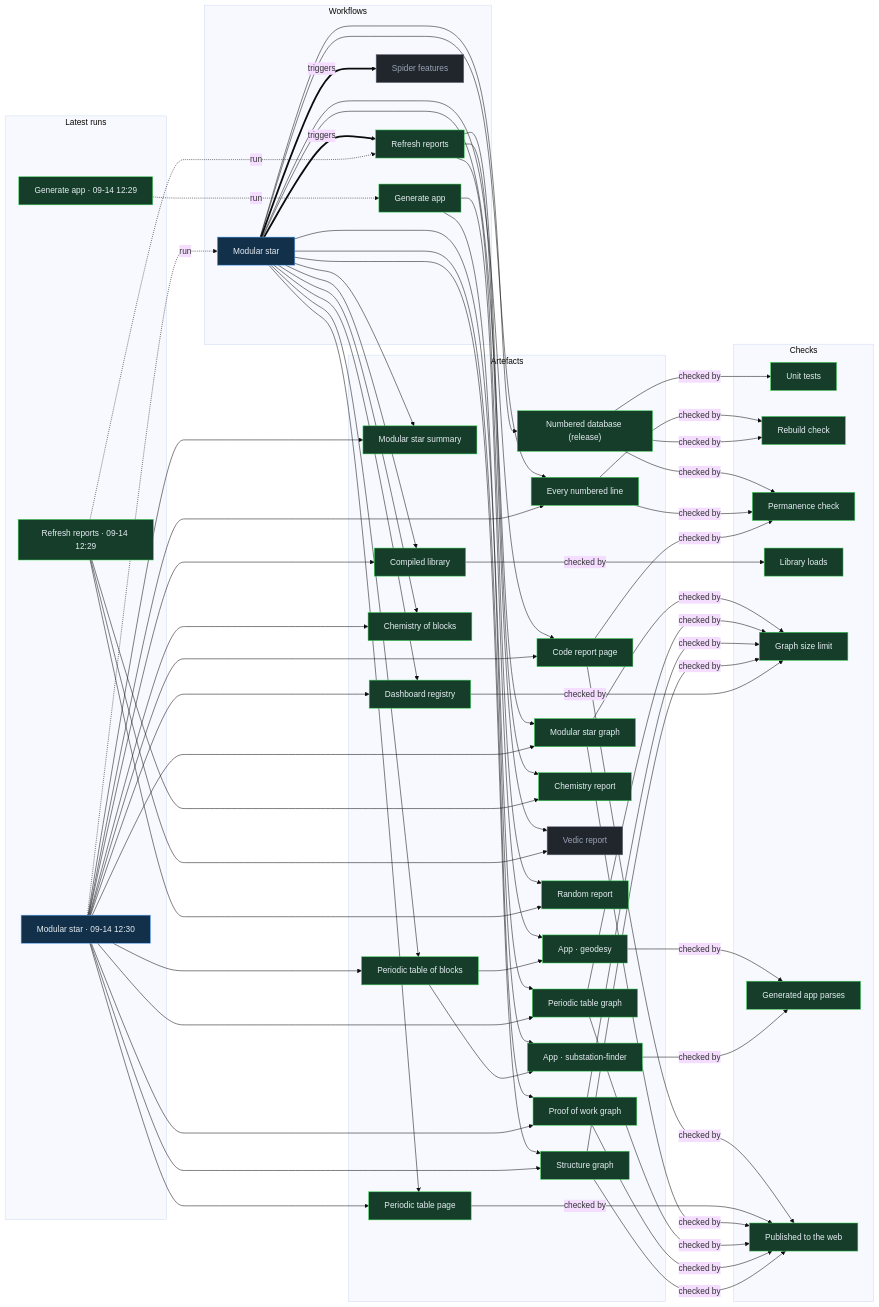
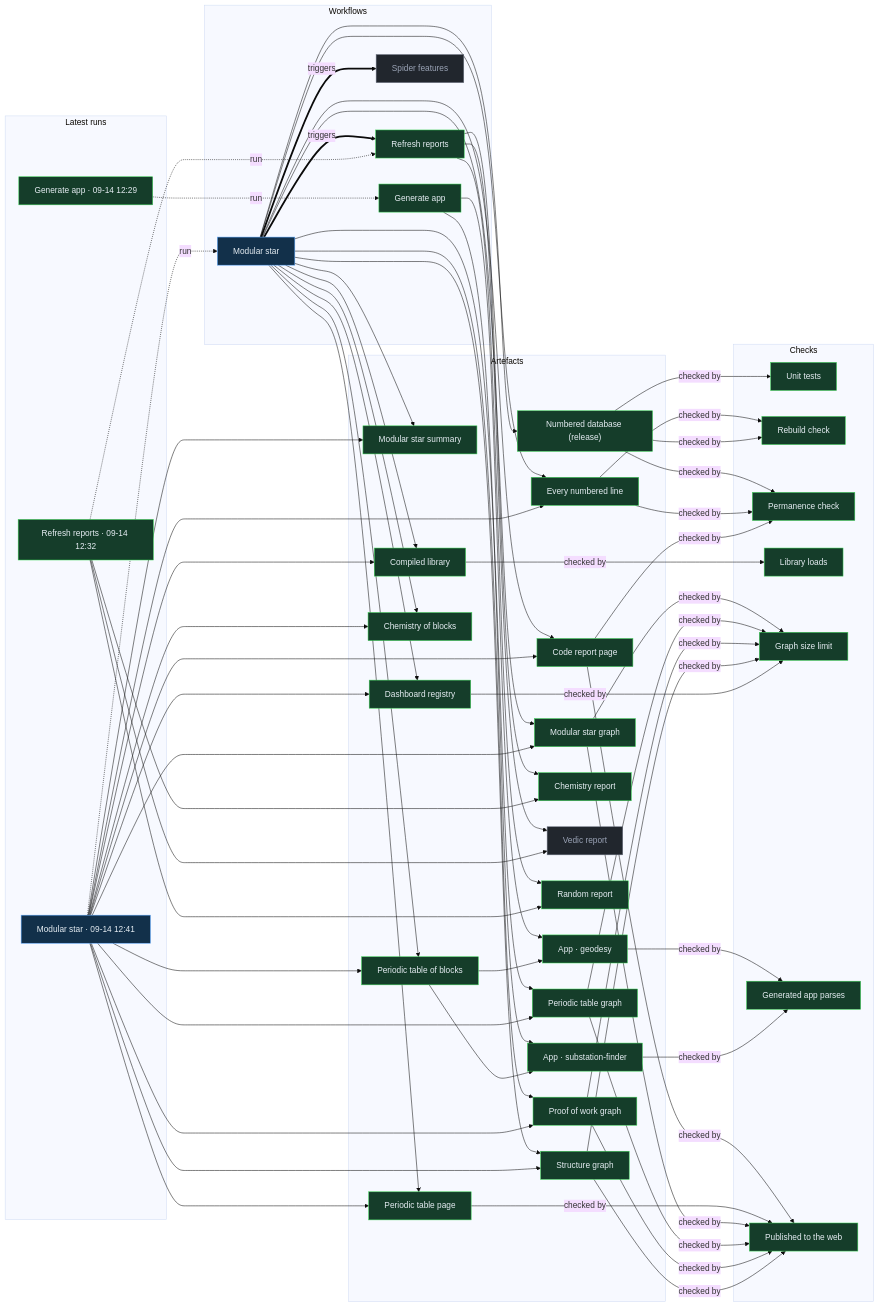
The diagram in proof/PROOF.md (Ventusltd/stars), drawn with Mermaid (base theme) before and after one commit. The commit also changed other lines of this file and 32 other files, not shown here.

Commit message:
Modular star 2026-09-14T12:43Z

```diff
--- a/proof/PROOF.md
+++ b/proof/PROOF.md
@@ -24,8 +24,8 @@
   n_wf_spider_features["Spider features"]:::off
   end
   subgraph g_runs["Latest runs"]
-  n_run_34843776248["Modular star · 09-14 12:30"]:::live
-  n_run_34843666538["Refresh reports · 09-14 12:29"]:::ok
+  n_run_34844771835["Modular star · 09-14 12:41"]:::live
+  n_run_34843966496["Refresh reports · 09-14 12:32"]:::ok
   n_run_34843673781["Generate app · 09-14 12:29"]:::ok
   end
   subgraph g_artefacts["Artefacts"]
@@ -59,39 +59,39 @@
   end
   n_wf_modular_star == triggers ==> n_wf_refresh
   n_wf_modular_star == triggers ==> n_wf_spider_features
-  n_run_34843776248 -. run .-> n_wf_modular_star
-  n_run_34843666538 -. run .-> n_wf_refresh
+  n_run_34844771835 -. run .-> n_wf_modular_star
+  n_run_34843966496 -. run .-> n_wf_refresh
   n_run_34843673781 -. run .-> n_wf_generate
   n_wf_modular_star --> n_art_summary
-  n_run_34843776248 --> n_art_summary
+  n_run_34844771835 --> n_art_summary
   n_wf_modular_star --> n_art_lines
-  n_run_34843776248 --> n_art_lines
+  n_run_34844771835 --> n_art_lines
   n_wf_modular_star --> n_art_code
-  n_run_34843776248 --> n_art_code
+  n_run_34844771835 --> n_art_code
   n_wf_modular_star --> n_art_modular_graph
-  n_run_34843776248 --> n_art_modular_graph
+  n_run_34844771835 --> n_art_modular_graph
   n_wf_modular_star --> n_art_blocks
-  n_run_34843776248 --> n_art_blocks
+  n_run_34844771835 --> n_art_blocks
   n_wf_modular_star --> n_art_table
-  n_run_34843776248 --> n_art_table
+  n_run_34844771835 --> n_art_table
   n_wf_modular_star --> n_art_blocks_graph
-  n_run_34843776248 --> n_art_blocks_graph
+  n_run_34844771835 --> n_art_blocks_graph
   n_wf_modular_star --> n_art_reactions
-  n_run_34843776248 --> n_art_reactions
+  n_run_34844771835 --> n_art_reactions
   n_wf_modular_star --> n_art_library
-  n_run_34843776248 --> n_art_library
+  n_run_34844771835 --> n_art_library
   n_wf_modular_star --> n_art_features
-  n_run_34843776248 --> n_art_features
+  n_run_34844771835 --> n_art_features
   n_wf_modular_star --> n_art_proof
-  n_run_34843776248 --> n_art_proof
+  n_run_34844771835 --> n_art_proof
   n_wf_modular_star --> n_art_structure
-  n_run_34843776248 --> n_art_structure
+  n_run_34844771835 --> n_art_structure
   n_wf_refresh --> n_art_chemistry
-  n_run_34843666538 --> n_art_chemistry
+  n_run_34843966496 --> n_art_chemistry
   n_wf_refresh --> n_art_vedic
-  n_run_34843666538 --> n_art_vedic
+  n_run_34843966496 --> n_art_vedic
   n_wf_refresh --> n_art_random
-  n_run_34843666538 --> n_art_random
+  n_run_34843966496 --> n_art_random
   n_wf_modular_star --> n_art_release
   n_wf_generate --> n_app_geodesy
   n_art_blocks --> n_app_geodesy
```
